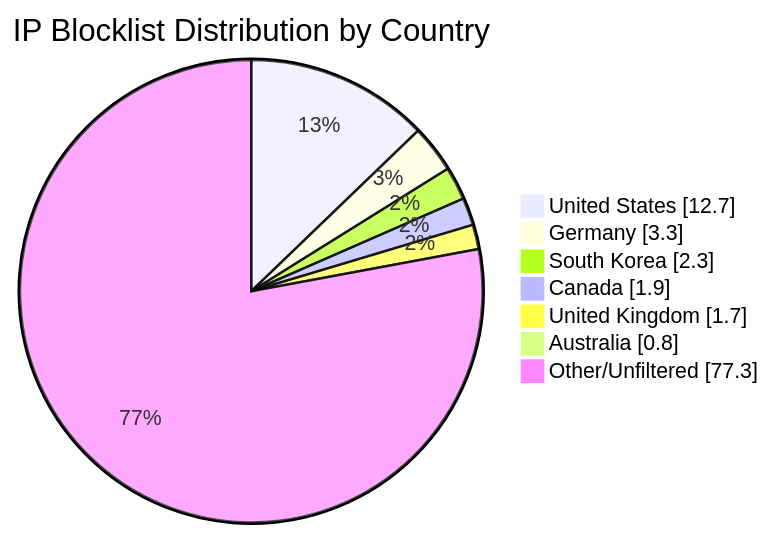
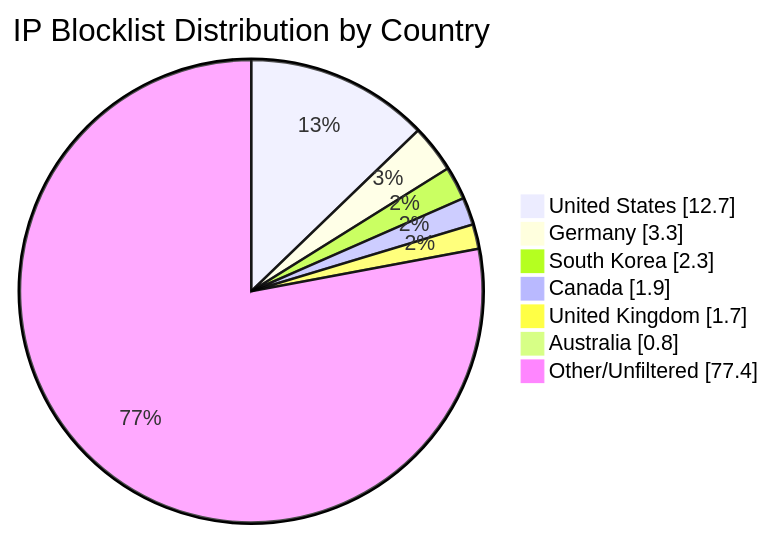
One commit to MarcusHoltz/ipblocklist-geofiltered-aggregator changed the diagram in README.md. Above: the diagram before and after it, drawn with Mermaid. The commit also changed other lines of this file and 9 other files, not shown here.

````diff
--- a/README.md
+++ b/README.md
@@ -34,10 +34,10 @@
 ```mermaid
 pie showData title IP Blocklist Distribution by Country
 "United States" : 12.7
 "Germany" : 3.3
 "South Korea" : 2.3
 "Canada" : 1.9
 "United Kingdom" : 1.7
 "Australia" : 0.8
-"Other/Unfiltered" : 77.3
+"Other/Unfiltered" : 77.4
 ```
````
